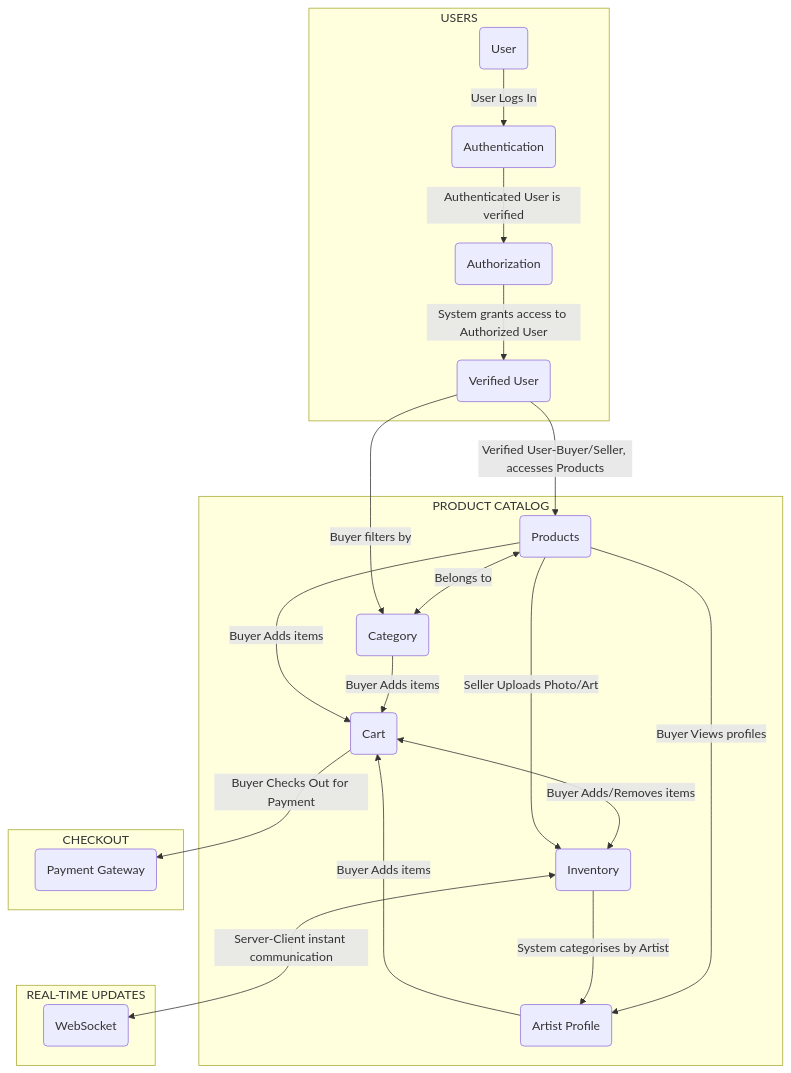
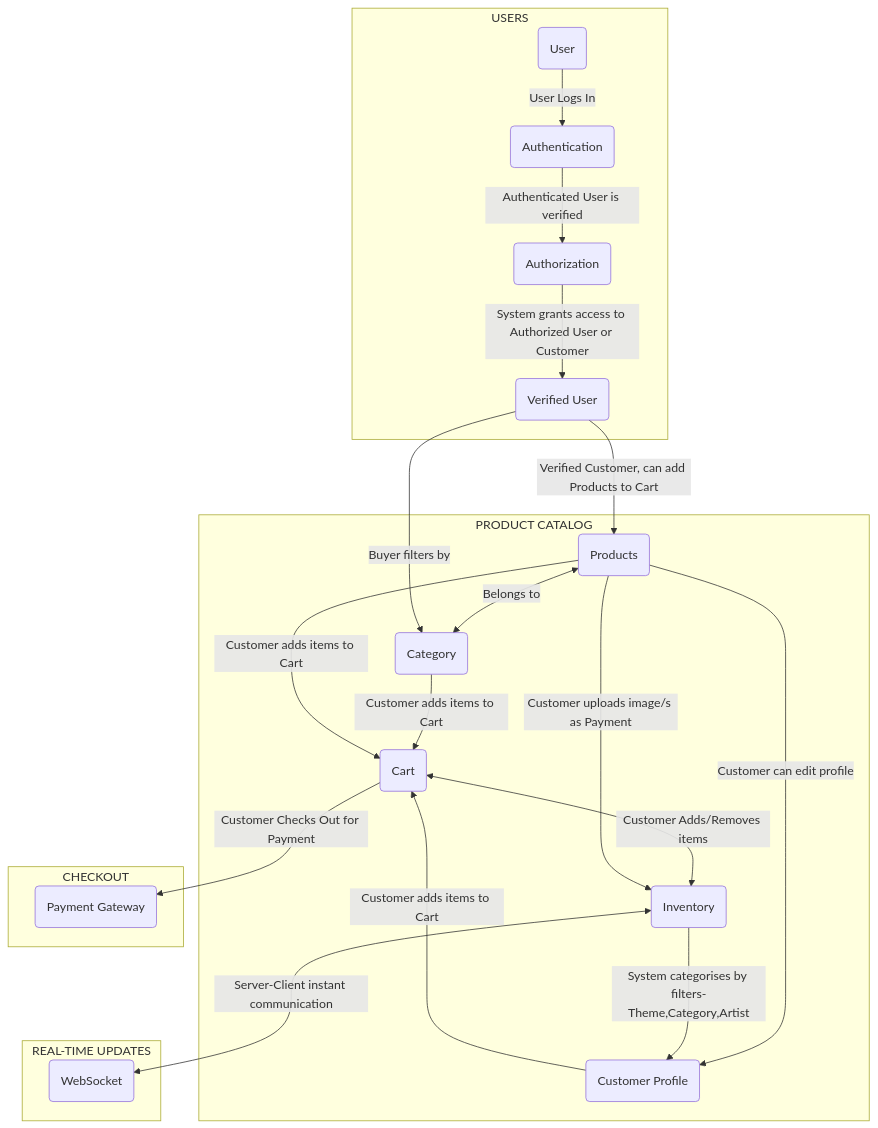
Before and after one commit to prak112/Image-Barter-Bazaar: the diagram in README.md, drawn with Mermaid. The commit also changed other lines of this file, not shown here.

````diff
--- a/README.md
+++ b/README.md
@@ -38,45 +43,45 @@
 ```mermaid
 graph TB
 
 subgraph USERS
   A(User)
   B(Authentication)
   C(Authorization)
   J(Verified User)
 
   A -->|User Logs In| B
   B -->|Authenticated User is verified| C
-  C -->|System grants access to Authorized User| J
+  C -->|System grants access to Authorized User or Customer| J
 end
 
 subgraph PRODUCT CATALOG
   D(Products)
   E(Category)
   F(Cart)
   G(Inventory)
-  K(Artist Profile)
+  K(Customer Profile)
   D <-->|Belongs to| E
-  E -->|Buyer Adds items| F
-  F <-->|Buyer Adds/Removes items| G
-  D -->|Seller Uploads Photo/Art| G
-  D -->|Buyer Views profiles| K
-  G -->|System categorises by Artist| K
-  K -->|Buyer Adds items| F
-  D -->|Buyer Adds items| F
+  E -->|Customer adds items to Cart| F
+  F <-->|Customer Adds/Removes items| G
+  D -->|Customer uploads image/s as Payment| G
+  D -->|Customer can edit profile| K
+  G -->|System categorises by filters-Theme,Category,Artist| K
+  K -->|Customer adds items to Cart| F
+  D -->|Customer adds items to Cart| F
 end
 
 subgraph REAL-TIME UPDATES
   H(WebSocket)
 end
 
 subgraph CHECKOUT
   L(Payment Gateway)
-  F -->|Buyer Checks Out for Payment|L
+  F -->|Customer Checks Out for Payment|L
 end
 
 G <-->|Server-Client instant communication| H
-J -->|Verified User-Buyer/Seller, accesses Products| D
+J -->|Verified Customer, can add Products to Cart| D
 J -->|Buyer filters by| E
 
 
 ```
````
